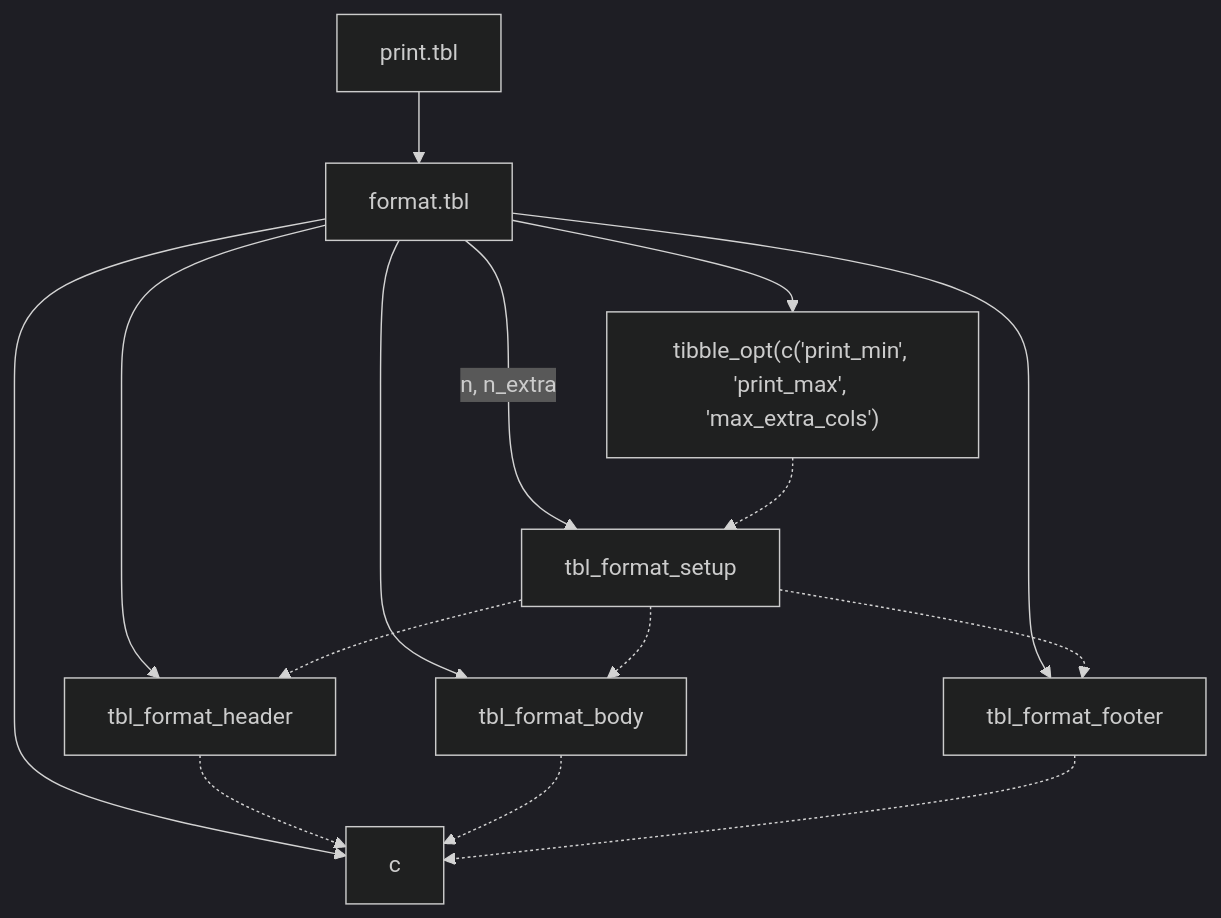
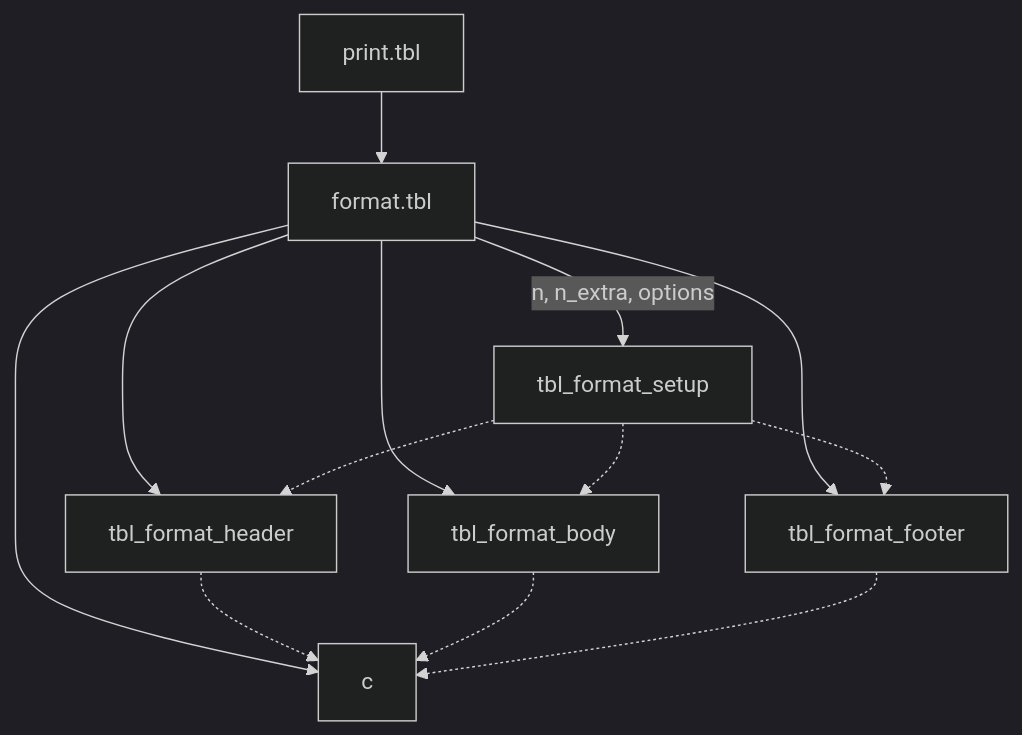
One commit to r-lib/pillar changed the diagram in vignettes/format.mmd. Above: the diagram before and after it, drawn with Mermaid (dark theme). The commit also changed 2 other files, not shown here.

Commit message:
Document, no longer pass n_extra to tbl_format_setup()

```diff
--- a/vignettes/format.mmd
+++ b/vignettes/format.mmd
@@ -1,15 +1,13 @@
 graph TD
   print.tbl --> format.tbl
-  format.tbl --> opts["tibble_opt(c('print_min', 'print_max', 'max_extra_cols')"]
-  format.tbl -- "n, n_extra" --> tbl_format_setup
-  opts -.-> tbl_format_setup
+  format.tbl -- "n, n_extra, options" --> tbl_format_setup
   format.tbl --> tbl_format_header
   format.tbl --> tbl_format_body
   format.tbl --> tbl_format_footer
   tbl_format_setup -.-> tbl_format_header
   tbl_format_setup -.-> tbl_format_body
   tbl_format_setup -.-> tbl_format_footer
   format.tbl --> c
   tbl_format_header -.-> c
   tbl_format_body -.-> c
   tbl_format_footer -.-> c
```
